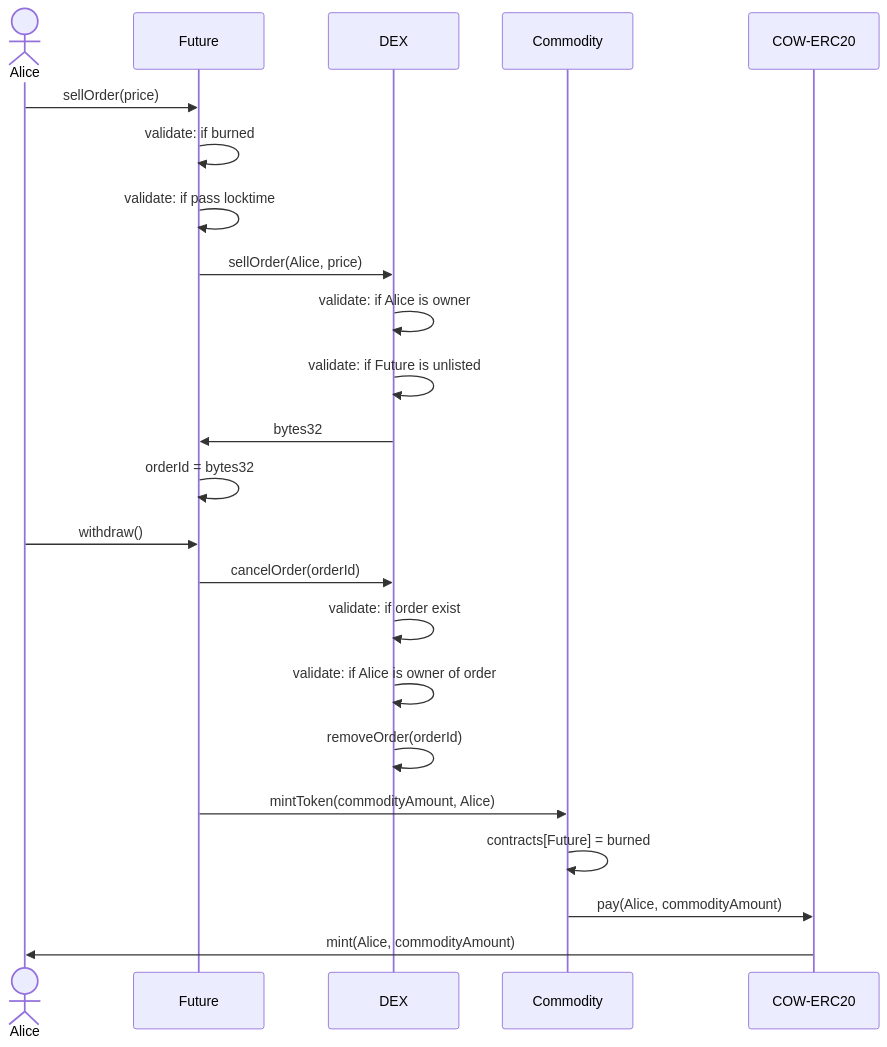
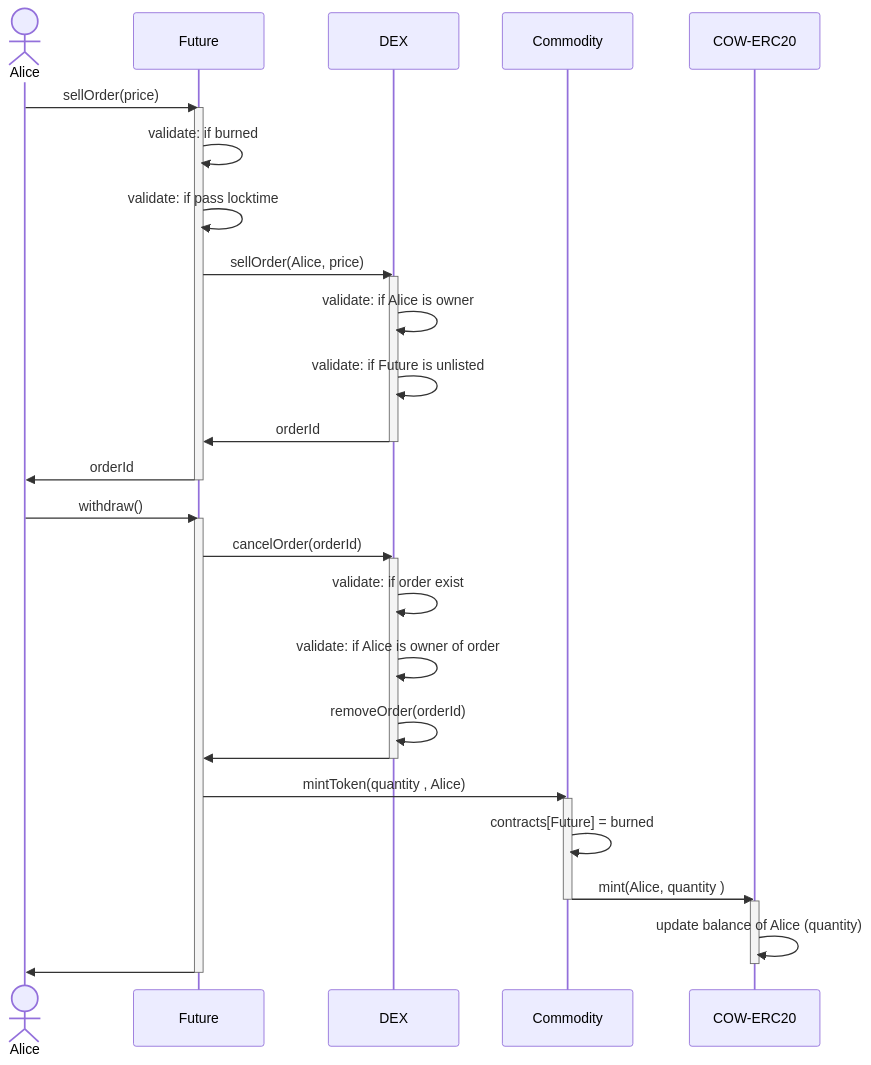
The third of 5 diagrams in blockchain/smartcontracts/DOCS.md (ExtractoDAO/DeFi), drawn with Mermaid before and after one commit. The commit also changed other lines of this file, not shown here.

````diff
--- a/blockchain/smartcontracts/DOCS.md
+++ b/blockchain/smartcontracts/DOCS.md
@@ -47,34 +60,50 @@
 ```mermaid
 sequenceDiagram
 
 actor Alice
 participant Future
 participant DEX
 participant Commodity
 participant COW-ERC20
 
 Alice->>Future: sellOrder(price)
 
+activate Future
 Future->>Future: validate: if burned
 Future->>Future: validate: if pass locktime
 Future->>DEX: sellOrder(Alice, price)
 
+activate DEX
 DEX->>DEX: validate: if Alice is owner
 DEX->>DEX: validate: if Future is unlisted
+DEX->>Future: orderId
+deactivate DEX
 
-DEX->>Future: bytes32
-Future->>Future: orderId = bytes32
+Future->>Alice: orderId
+deactivate Future
 
 Alice->>Future: withdraw()
+activate Future
 Future->>DEX: cancelOrder(orderId)
 
+activate DEX
 DEX->>DEX: validate: if order exist
 DEX->>DEX: validate: if Alice is owner of order
 DEX->>DEX: removeOrder(orderId)
+DEX->>Future:
+deactivate DEX
 
+Future->>Commodity: mintToken(quantity , Alice)
 
-Future->>Commodity: mintToken(commodityAmount, Alice)
+activate Commodity
 Commodity->>Commodity: contracts[Future] = burned
-Commodity->>COW-ERC20: pay(Alice, commodityAmount)
-COW-ERC20->>Alice: mint(Alice, commodityAmount)
+Commodity->>COW-ERC20: mint(Alice, quantity )
+deactivate Commodity
+
+activate COW-ERC20
+COW-ERC20->>COW-ERC20: update balance of Alice (quantity)
+deactivate COW-ERC20
+
+Future->>Alice:
+deactivate Future
 ```
````
